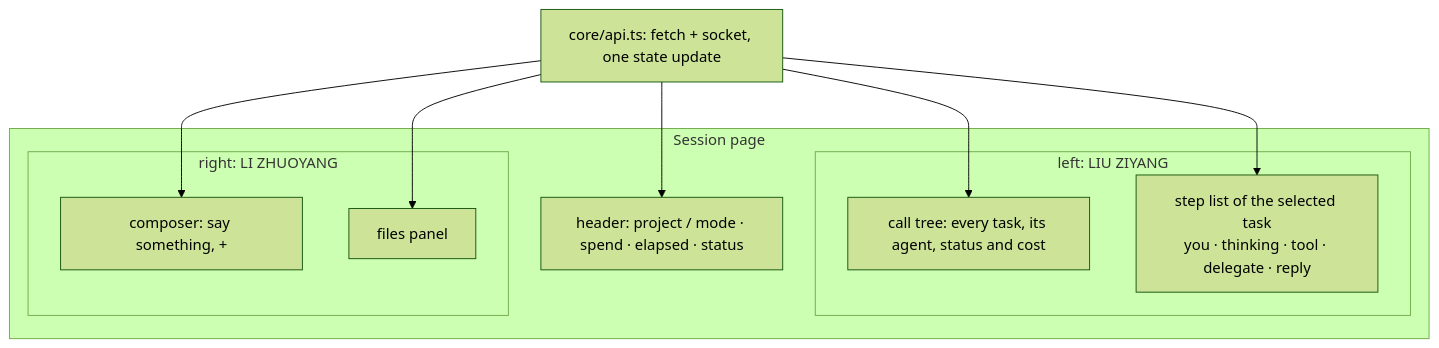
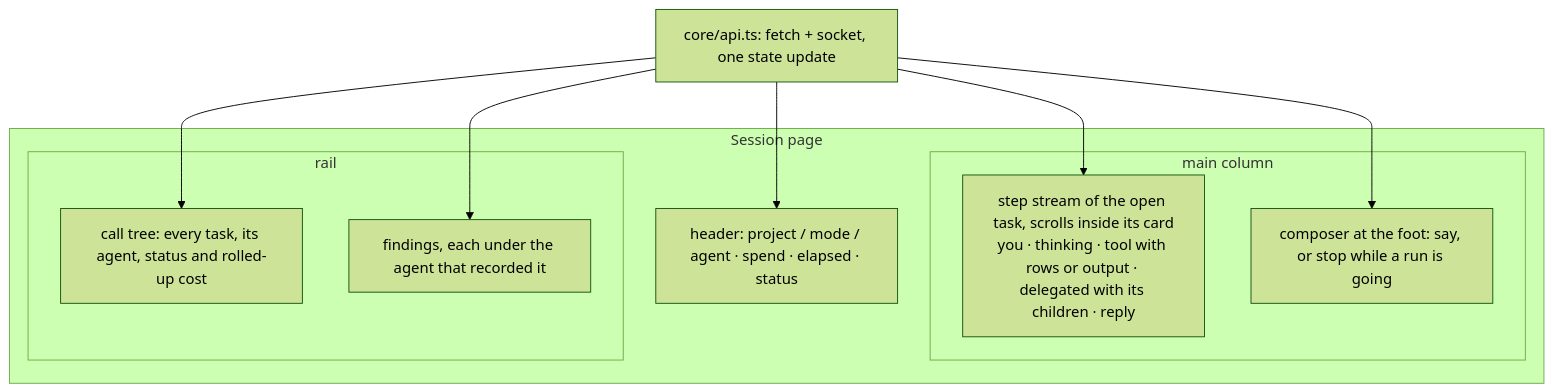
One commit to ziyangliu-666/lumen-next changed diagram 15 of 15 in docs/ARCHITECTURE.md. Above: the diagram before and after it, drawn with Mermaid (forest theme). The commit also changed other lines of this file and 2 other files, not shown here.

First line of the commit message:
docs: the architecture doc and the session README say what main does

````diff
--- a/docs/ARCHITECTURE.md
+++ b/docs/ARCHITECTURE.md
@@ -757,15 +764,15 @@
 ```mermaid
 flowchart TB
   subgraph Session page
-    H[header: project / mode · spend · elapsed · status]
-    subgraph L[left: LIU ZIYANG]
-      CT[call tree: every task, its agent, status and cost]
-      SL[step list of the selected task<br/>you · thinking · tool · delegate · reply]
+    H[header: project / mode / agent · spend · elapsed · status]
+    subgraph M[main column]
+      SS[step stream of the open task, scrolls inside its card<br/>you · thinking · tool with rows or output · delegated with its children · reply]
+      CP[composer at the foot: say, or stop while a run is going]
     end
-    subgraph R[right: LI ZHUOYANG]
-      CP[composer: say something, +]
-      FP[files panel]
+    subgraph R[rail]
+      CT[call tree: every task, its agent, status and rolled-up cost]
+      FD[findings, each under the agent that recorded it]
     end
   end
-  API[core/api.ts: fetch + socket, one state update] --> H & SL & CT & CP & FP
+  API[core/api.ts: fetch + socket, one state update] --> H & SS & CT & FD & CP
 ```
````
